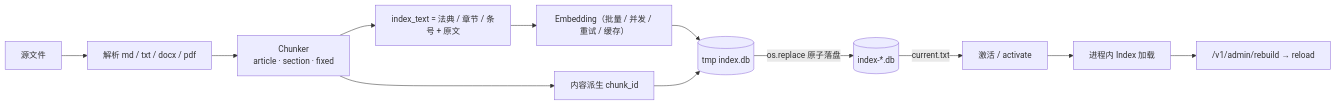
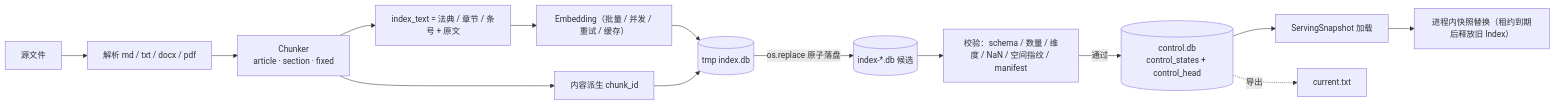
Before and after one commit to ShawnMa123/mercatoria: the third of 4 diagrams in documentation/architecture.md, drawn with Mermaid. The commit also changed other lines of this file and 4 other files, not shown here.

````diff
--- a/documentation/architecture.md
+++ b/documentation/architecture.md
@@ -66,14 +66,16 @@
 ```mermaid
 flowchart LR
   S["源文件"] --> P["解析 md / txt / docx / pdf"]
   P --> CH["Chunker<br/>article · section · fixed"]
   CH --> ID["内容派生 chunk_id"]
   CH --> IX["index_text = 法典 / 章节 / 条号 + 原文"]
   IX --> E["Embedding（批量 / 并发 / 重试 / 缓存）"]
   E --> T[("tmp index.db")]
   ID --> T
-  T -->|"os.replace 原子落盘"| D[("index-*.db")]
-  D -->|"current.txt"| A["激活 / activate"]
-  A --> R["进程内 Index 加载"]
-  R --> H["/v1/admin/rebuild → reload"]
+  T -->|"os.replace 原子落盘"| D[("index-*.db 候选")]
+  D --> V["校验：schema / 数量 / 维度 / NaN / 空间指纹 / manifest"]
+  V -->|"通过"| C[("control.db<br/>control_states + control_head")]
+  C --> R["ServingSnapshot 加载"]
+  R --> H["进程内快照替换（租约到期后释放旧 Index）"]
+  C -.->|"导出"| X["current.txt"]
 ```
````
